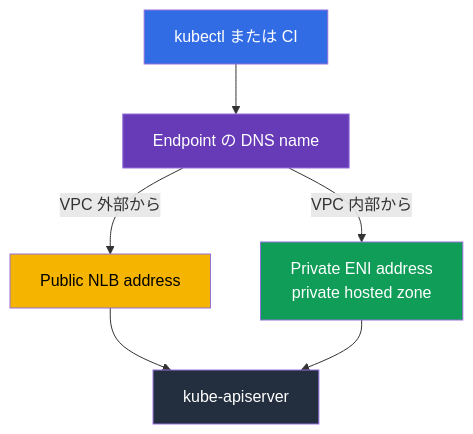
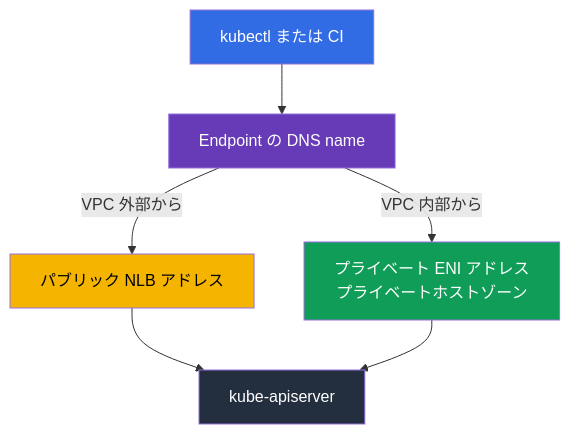
One commit to ViktorUJ/cks changed the second of 3 diagrams in tasks/eks/course/02/jp.md. Above: the diagram before and after it, drawn with Mermaid. The commit also changed other lines of this file and 534 other files, not shown here.

````diff
--- a/tasks/eks/course/02/jp.md
+++ b/tasks/eks/course/02/jp.md
@@ -86,18 +86,18 @@
 ```mermaid
 flowchart TB
     client["kubectl または CI"]
     dns["Endpoint の DNS name"]
-    pub["Public NLB address"]
-    priv["Private ENI address<br/>private hosted zone"]
+    pub["パブリック NLB アドレス"]
+    priv["プライベート ENI アドレス<br/>プライベートホストゾーン"]
     api["kube-apiserver"]
     client --> dns
     dns -->|"VPC 外部から"| pub
     dns -->|"VPC 内部から"| priv
     pub --> api
     priv --> api
     style client fill:#326ce5,color:#fff
     style dns fill:#673ab7,color:#fff
     style pub fill:#f4b400,color:#000
     style priv fill:#0f9d58,color:#fff
     style api fill:#232f3e,color:#fff
 ```
````
